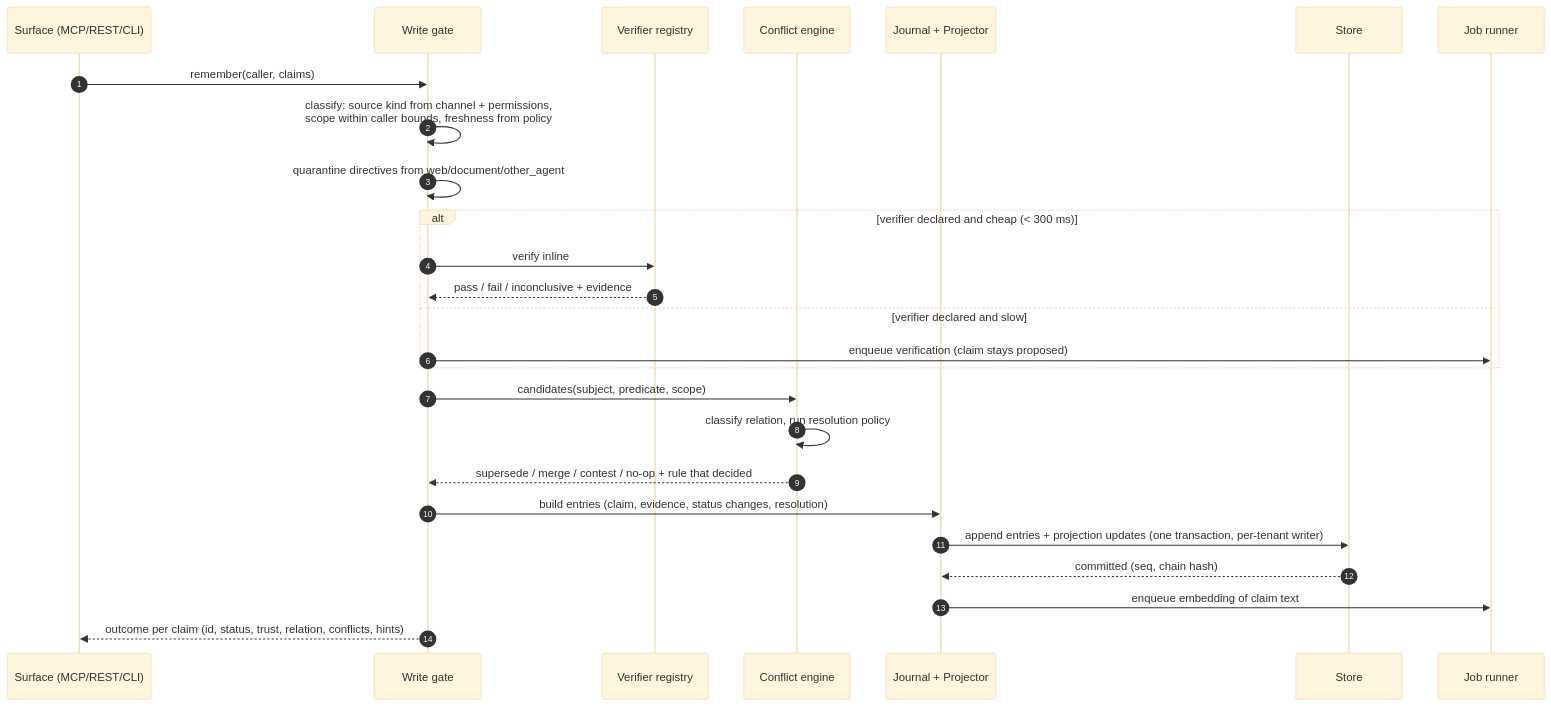
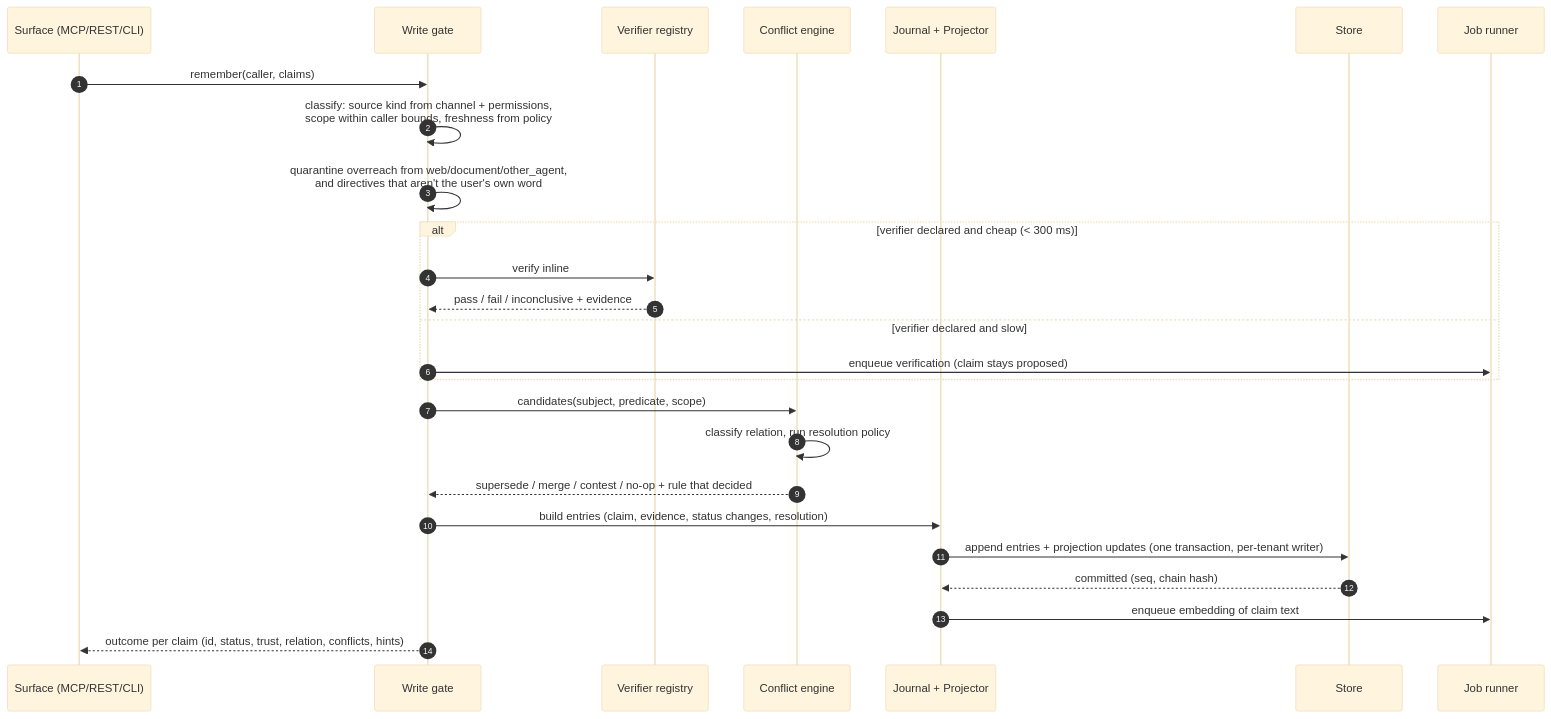
The second of 3 diagrams in docs/design/architecture.md (themightywolfie/ledger), drawn with Mermaid (base theme) before and after one commit. The commit also changed other lines of this file and 24 other files, not shown here.

````diff
--- a/docs/design/architecture.md
+++ b/docs/design/architecture.md
@@ -132,29 +132,29 @@
 ```mermaid
 sequenceDiagram
   autonumber
   participant S as Surface (MCP/REST/CLI)
   participant G as Write gate
   participant V as Verifier registry
   participant C as Conflict engine
   participant J as Journal + Projector
   participant St as Store
   participant Q as Job runner
 
   S->>G: remember(caller, claims)
   G->>G: classify: source kind from channel + permissions,<br/>scope within caller bounds, freshness from policy
-  G->>G: quarantine directives from web/document/other_agent
+  G->>G: quarantine overreach from web/document/other_agent,<br/>and directives that aren't the user's own word
   alt verifier declared and cheap (< 300 ms)
     G->>V: verify inline
     V-->>G: pass / fail / inconclusive + evidence
   else verifier declared and slow
     G->>Q: enqueue verification (claim stays proposed)
   end
   G->>C: candidates(subject, predicate, scope)
   C->>C: classify relation, run resolution policy
   C-->>G: supersede / merge / contest / no-op + rule that decided
   G->>J: build entries (claim, evidence, status changes, resolution)
   J->>St: append entries + projection updates (one transaction, per-tenant writer)
   St-->>J: committed (seq, chain hash)
   J->>Q: enqueue embedding of claim text
   G-->>S: outcome per claim (id, status, trust, relation, conflicts, hints)
 ```
````
